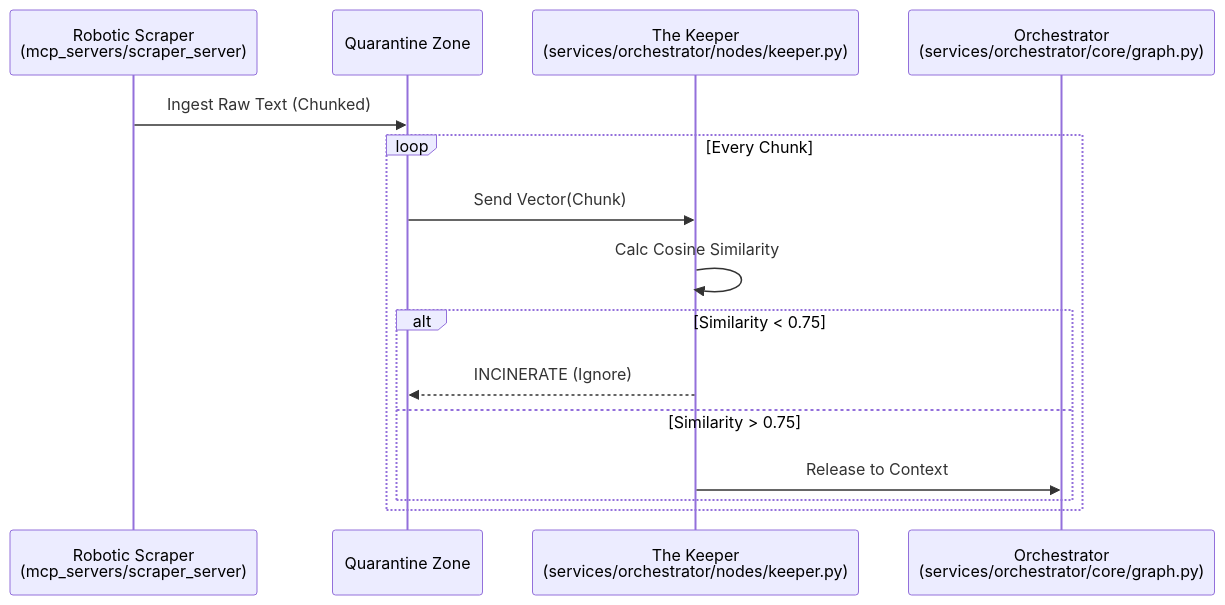
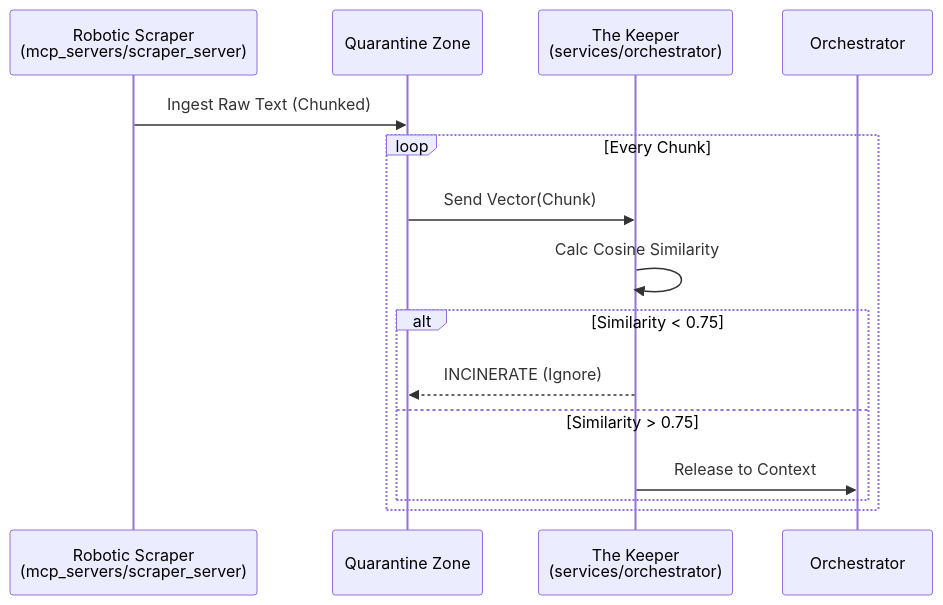
Before and after one commit to azzindani/Kea: the fourth of 5 diagrams in README.md, drawn with Mermaid. The commit also changed other lines of this file and 5 other files, not shown here.

Commit message:
feat: Add comprehensive READMEs for core services, shared libraries, and MCP servers, and update the root project README.

````diff
--- a/README.md
+++ b/README.md
@@ -547,18 +489,18 @@
 ```mermaid
 sequenceDiagram
     participant Scraper as Robotic Scraper<br/>(mcp_servers/scraper_server)
     participant Quarantine as Quarantine Zone
-    participant Keeper as The Keeper<br/>(services/orchestrator/nodes/keeper.py)
-    participant Brain as Orchestrator<br/>(services/orchestrator/core/graph.py)
+    participant Keeper as The Keeper<br/>(services/orchestrator)
+    participant Brain as Orchestrator
 
     Scraper->>Quarantine: Ingest Raw Text (Chunked)
     loop Every Chunk
         Quarantine->>Keeper: Send Vector(Chunk)
         Keeper->>Keeper: Calc Cosine Similarity
         alt Similarity < 0.75
             Keeper-->>Quarantine: INCINERATE (Ignore)
         else Similarity > 0.75
             Keeper->>Brain: Release to Context
         end
     end
 ```
````
